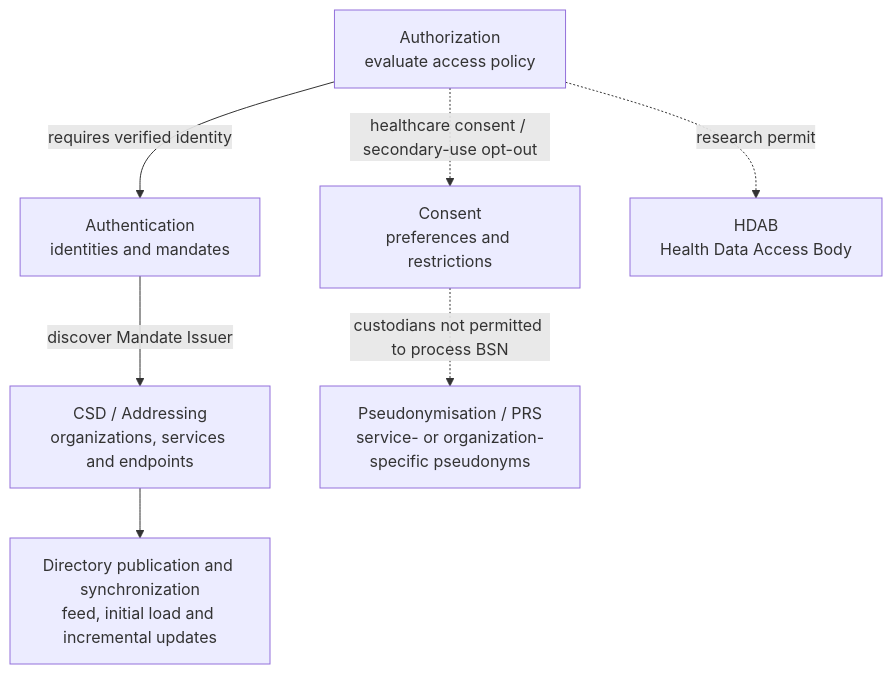
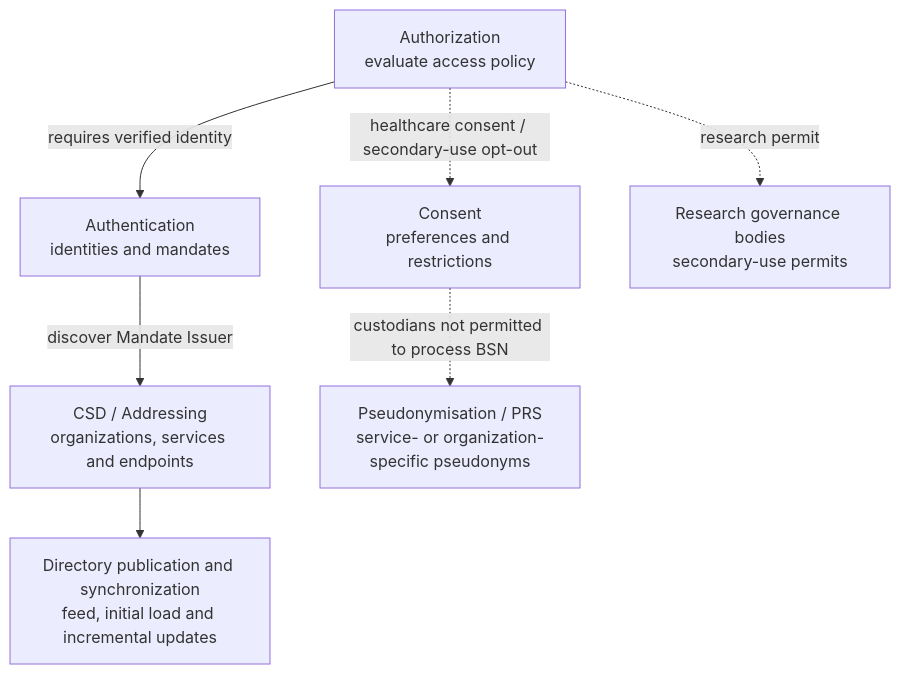
Before and after one commit to minvws/generiekefuncties-docs: the fourth of 7 diagrams in input/pagecontent/index.md, drawn with Mermaid. The commit also changed other lines of this file, not shown here.

Commit message:
text edits for secondary use

````diff
--- a/input/pagecontent/index.md
+++ b/input/pagecontent/index.md
@@ -133,11 +133,11 @@
 ```mermaid
 flowchart TB
     Authorization["Authorization<br/>evaluate access policy"]
     Authorization -->|"requires verified identity"| Authentication["Authentication<br/>identities and mandates"]
     Authorization -.->|"healthcare consent / secondary-use opt-out"| Consent["Consent<br/>preferences and restrictions"]
-    Authorization -.->|"research permit"| HDAB["HDAB<br/>Health Data Access Body"]
+    Authorization -.->|"research permit"| Governance["Research governance bodies<br/>secondary-use permits"]
     CSD["CSD / Addressing<br/>organizations, services and endpoints"]
     Authentication -->|"discover Mandate Issuer"| CSD
     CSD --> DirectorySync["Directory publication and synchronization<br/>feed, initial load and incremental updates"]
     Consent -.->|"custodians not permitted to process BSN"| PRS["Pseudonymisation / PRS<br/>service- or organization-specific pseudonyms"]
 ```
````
